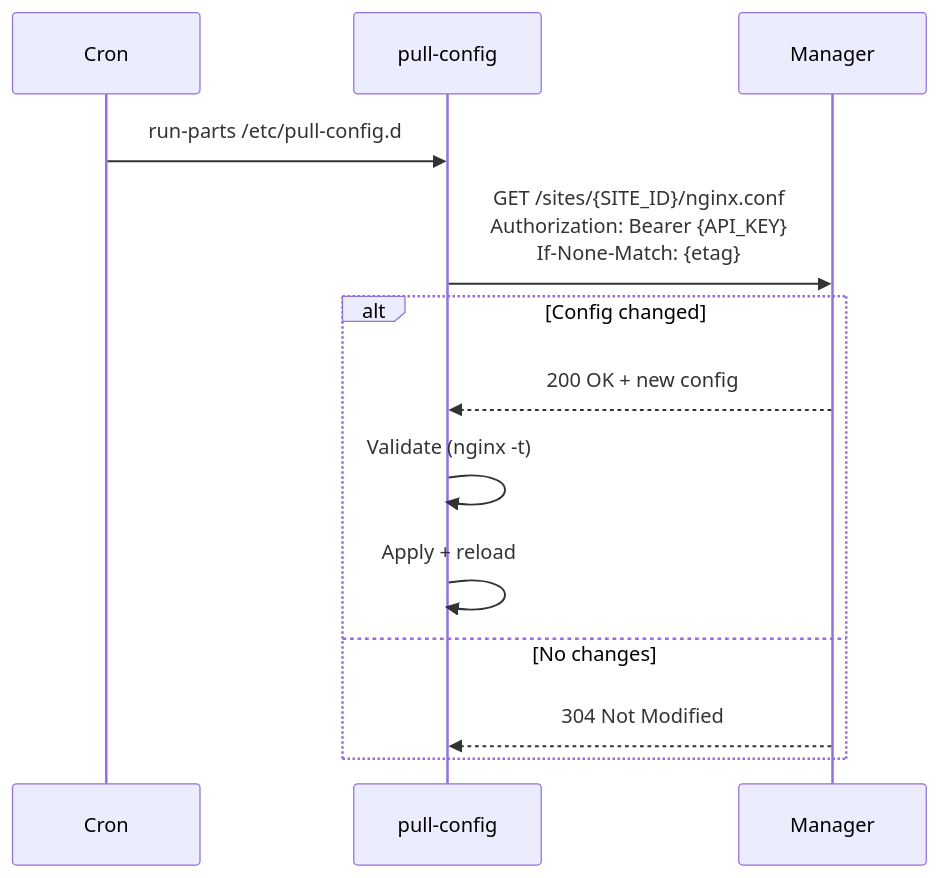
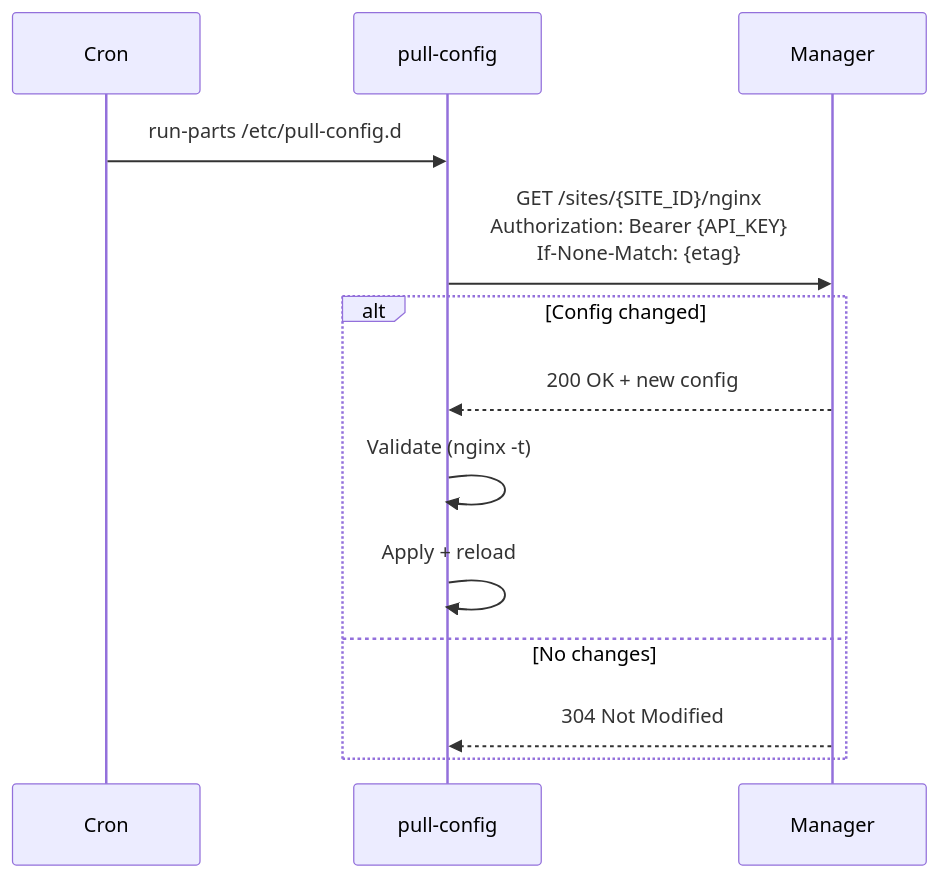
The second of 2 diagrams in mie-opensource-landing/docs/admins/deploying-agents.md (mieweb/opensource-server), drawn with Mermaid before and after one commit. The commit also changed 4 other files, not shown here.

````diff
--- a/mie-opensource-landing/docs/admins/deploying-agents.md
+++ b/mie-opensource-landing/docs/admins/deploying-agents.md
@@ -117,16 +117,16 @@
 ```mermaid
 sequenceDiagram
     participant Cron
     participant pull-config
     participant Manager
 
     Cron->>pull-config: run-parts /etc/pull-config.d
-    pull-config->>Manager: GET /sites/{SITE_ID}/nginx.conf<br/>Authorization: Bearer {API_KEY}<br/>If-None-Match: {etag}
+    pull-config->>Manager: GET /sites/{SITE_ID}/nginx<br/>Authorization: Bearer {API_KEY}<br/>If-None-Match: {etag}
     alt Config changed
         Manager-->>pull-config: 200 OK + new config
         pull-config->>pull-config: Validate (nginx -t)
         pull-config->>pull-config: Apply + reload
     else No changes
         Manager-->>pull-config: 304 Not Modified
     end
 ```
````
